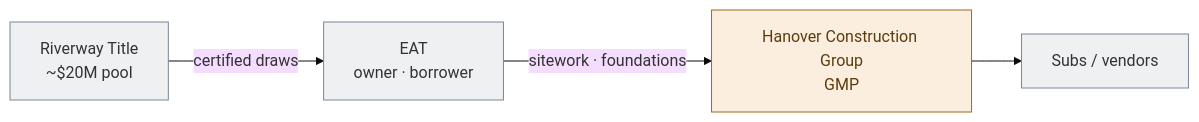
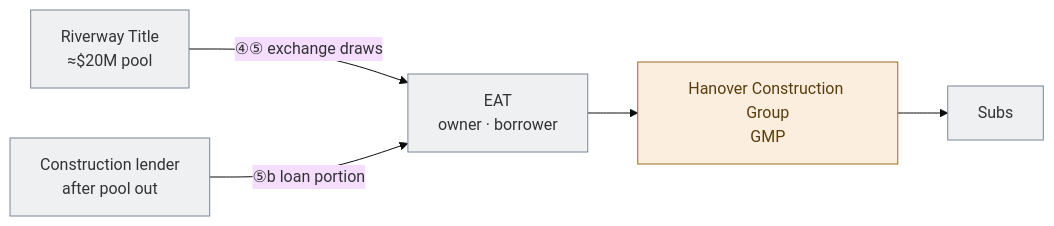
Diagram 13 of 14 in North_Forsyth_1031_Diagrams.md (EthanCow/North-Forsyth-1031-Diagrams), drawn with Mermaid (base theme) before and after one commit. The commit also changed other lines of this file and 4 other files, not shown here.

Commit message:
Fix timeline order: ID before QI spends; split QI vs loan draws.

````diff
--- a/North_Forsyth_1031_Diagrams.md
+++ b/North_Forsyth_1031_Diagrams.md
@@ -569,11 +600,13 @@
 ```mermaid
 flowchart LR
-  QI["Riverway Title\n~$20M pool"]:::neutral
+  QI["Riverway Title\n≈$20M pool"]:::neutral
   EAT["EAT\nowner · borrower"]:::neutral
   GC["Hanover Construction Group\nGMP"]:::han
-  V["Subs / vendors"]:::neutral
-  QI -->|"certified draws"| EAT
-  EAT -->|"sitework · foundations"| GC --> V
+  LN["Construction lender\nafter pool out"]:::neutral
+  V["Subs"]:::neutral
+  QI -->|"④⑤ exchange draws"| EAT
+  LN -->|"⑤b loan portion"| EAT
+  EAT --> GC --> V
   classDef han fill:#fbeede,stroke:#9c6b1e,color:#5a3d0e;
   classDef neutral fill:#eef0f2,stroke:#7a8696,color:#333;
 ```
````
